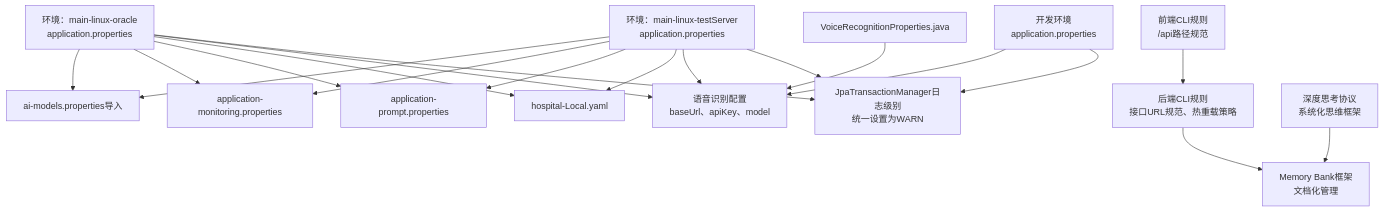
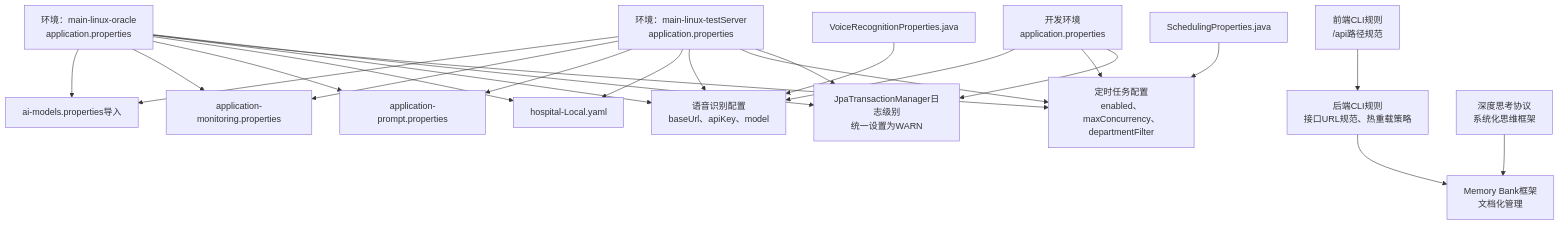
One commit to liuzh2008/med_ai_assistant_workspace changed the second of 3 diagrams in .qoder/repowiki/zh/content/配置管理/配置管理.md. Above: the diagram before and after it, drawn with Mermaid. The commit also changed other lines of this file and 6 other files, not shown here.

````diff
--- a/.qoder/repowiki/zh/content/配置管理/配置管理.md
+++ b/.qoder/repowiki/zh/content/配置管理/配置管理.md
@@ -181,35 +198,41 @@
 ```mermaid
 graph TB
 ENV_ORA["环境：main-linux-oracle<br/>application.properties"]
 ENV_TEST["环境：main-linux-testServer<br/>application.properties"]
 DEV_ENV["开发环境<br/>application.properties"]
 AI_ORA["ai-models.properties导入"]
 MONITOR["application-monitoring.properties"]
 PROMPT["application-prompt.properties"]
 HOSP["hospital-Local.yaml"]
 VOICE_CLASS["VoiceRecognitionProperties.java"]
+SCHEDULING_CLASS["SchedulingProperties.java"]
 VOICE_CONFIG["语音识别配置<br/>baseUrl、apiKey、model"]
+SCHEDULING_CONFIG["定时任务配置<br/>enabled、maxConcurrency、departmentFilter"]
 TXN_LEVEL["JpaTransactionManager日志级别<br/>统一设置为WARN"]
 CLI_BACKEND["后端CLI规则<br/>接口URL规范、热重载策略"]
 CLI_FRONTEND["前端CLI规则<br/>/api路径规范"]
 MEMORY_BANK["Memory Bank框架<br/>文档化管理"]
 THINK_PROTOCOL["深度思考协议<br/>系统化思维框架"]
 ENV_ORA --> AI_ORA
 ENV_TEST --> AI_ORA
 ENV_ORA --> MONITOR
 ENV_TEST --> MONITOR
 ENV_ORA --> PROMPT
 ENV_TEST --> PROMPT
 ENV_ORA --> HOSP
 ENV_TEST --> HOSP
 ENV_ORA --> VOICE_CONFIG
 ENV_TEST --> VOICE_CONFIG
 DEV_ENV --> VOICE_CONFIG
 VOICE_CLASS --> VOICE_CONFIG
+ENV_ORA --> SCHEDULING_CONFIG
+ENV_TEST --> SCHEDULING_CONFIG
+DEV_ENV --> SCHEDULING_CONFIG
+SCHEDULING_CLASS --> SCHEDULING_CONFIG
 ENV_ORA --> TXN_LEVEL
 ENV_TEST --> TXN_LEVEL
 DEV_ENV --> TXN_LEVEL
 CLI_BACKEND --> MEMORY_BANK
 CLI_FRONTEND --> CLI_BACKEND
 THINK_PROTOCOL --> MEMORY_BANK
 ```
````
